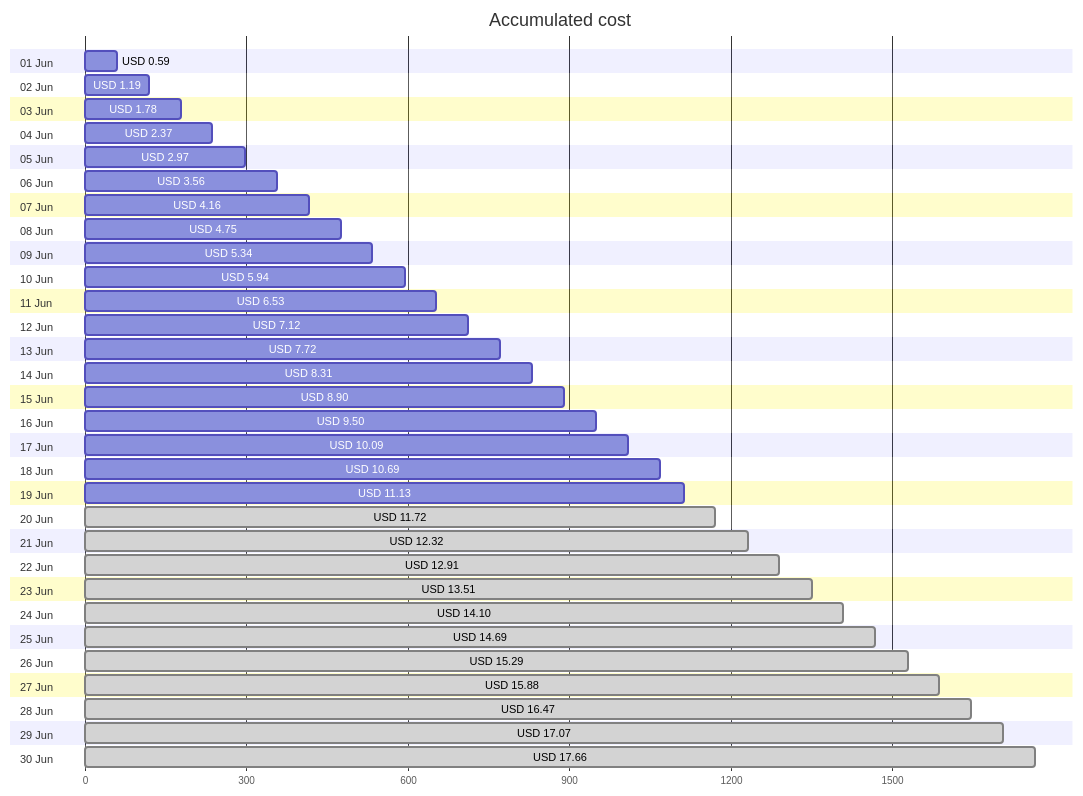
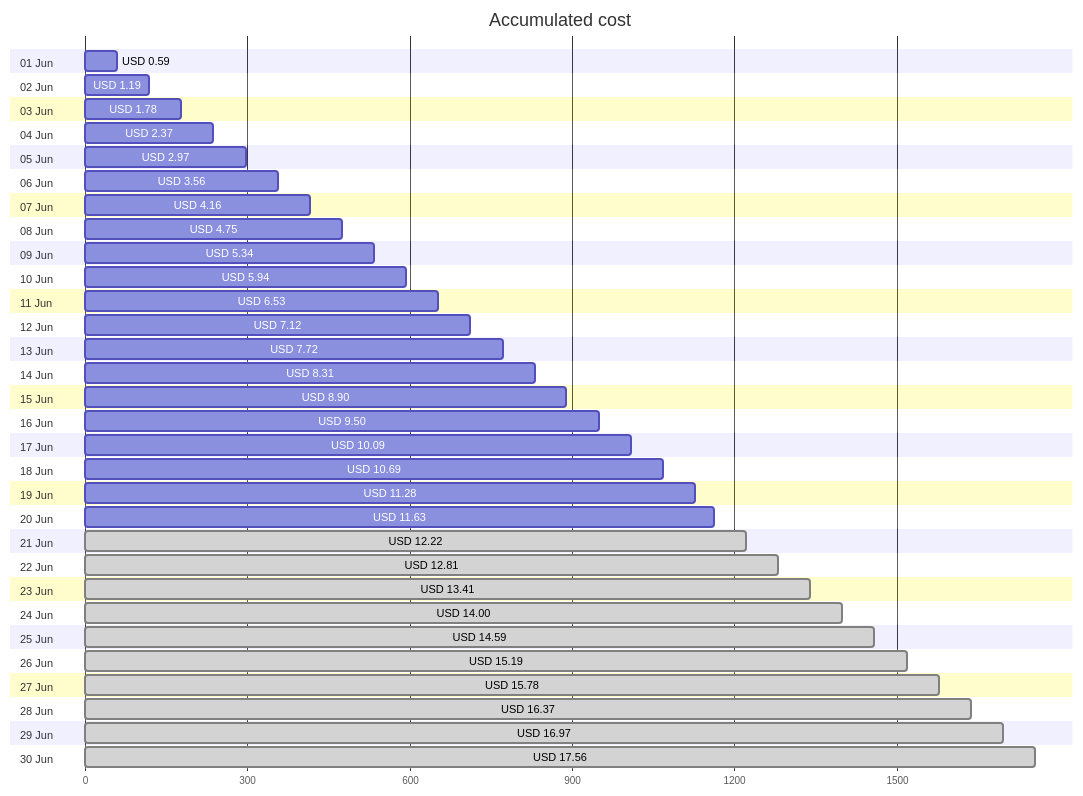
Before and after one commit to jpfulton/azure-personal-reports: the first of 4 diagrams in cost-reports/personal-site/README.md, drawn with Mermaid. The commit also changed other lines of this file and 6 other files, not shown here.

````diff
--- a/cost-reports/personal-site/README.md
+++ b/cost-reports/personal-site/README.md
@@ -20,66 +20,66 @@
 ```mermaid
 gantt
    title Accumulated cost
    dateFormat  X
    axisFormat %s
    section 01 Jun
    USD 0.59 :0, 59
    section 02 Jun
    USD 1.19 :0, 119
    section 03 Jun
    USD 1.78 :0, 178
    section 04 Jun
    USD 2.37 :0, 237
    section 05 Jun
    USD 2.97 :0, 297
    section 06 Jun
    USD 3.56 :0, 356
    section 07 Jun
    USD 4.16 :0, 416
    section 08 Jun
    USD 4.75 :0, 475
    section 09 Jun
    USD 5.34 :0, 534
    section 10 Jun
    USD 5.94 :0, 594
    section 11 Jun
    USD 6.53 :0, 653
    section 12 Jun
    USD 7.12 :0, 712
    section 13 Jun
    USD 7.72 :0, 772
    section 14 Jun
    USD 8.31 :0, 831
    section 15 Jun
    USD 8.90 :0, 890
    section 16 Jun
    USD 9.50 :0, 950
    section 17 Jun
    USD 10.09 :0, 1009
    section 18 Jun
    USD 10.69 :0, 1069
    section 19 Jun
-   USD 11.13 :0, 1113
+   USD 11.28 :0, 1128
    section 20 Jun
-   USD 11.72 : done, 0, 1172
+   USD 11.63 :0, 1163
    section 21 Jun
-   USD 12.32 : done, 0, 1232
+   USD 12.22 : done, 0, 1222
    section 22 Jun
-   USD 12.91 : done, 0, 1291
+   USD 12.81 : done, 0, 1281
    section 23 Jun
-   USD 13.51 : done, 0, 1351
+   USD 13.41 : done, 0, 1341
    section 24 Jun
-   USD 14.10 : done, 0, 1410
+   USD 14.00 : done, 0, 1400
    section 25 Jun
-   USD 14.69 : done, 0, 1469
+   USD 14.59 : done, 0, 1459
    section 26 Jun
-   USD 15.29 : done, 0, 1529
+   USD 15.19 : done, 0, 1519
    section 27 Jun
-   USD 15.88 : done, 0, 1588
+   USD 15.78 : done, 0, 1578
    section 28 Jun
-   USD 16.47 : done, 0, 1647
+   USD 16.37 : done, 0, 1637
    section 29 Jun
-   USD 17.07 : done, 0, 1707
+   USD 16.97 : done, 0, 1697
    section 30 Jun
-   USD 17.66 : done, 0, 1766
+   USD 17.56 : done, 0, 1756
 ```
````
